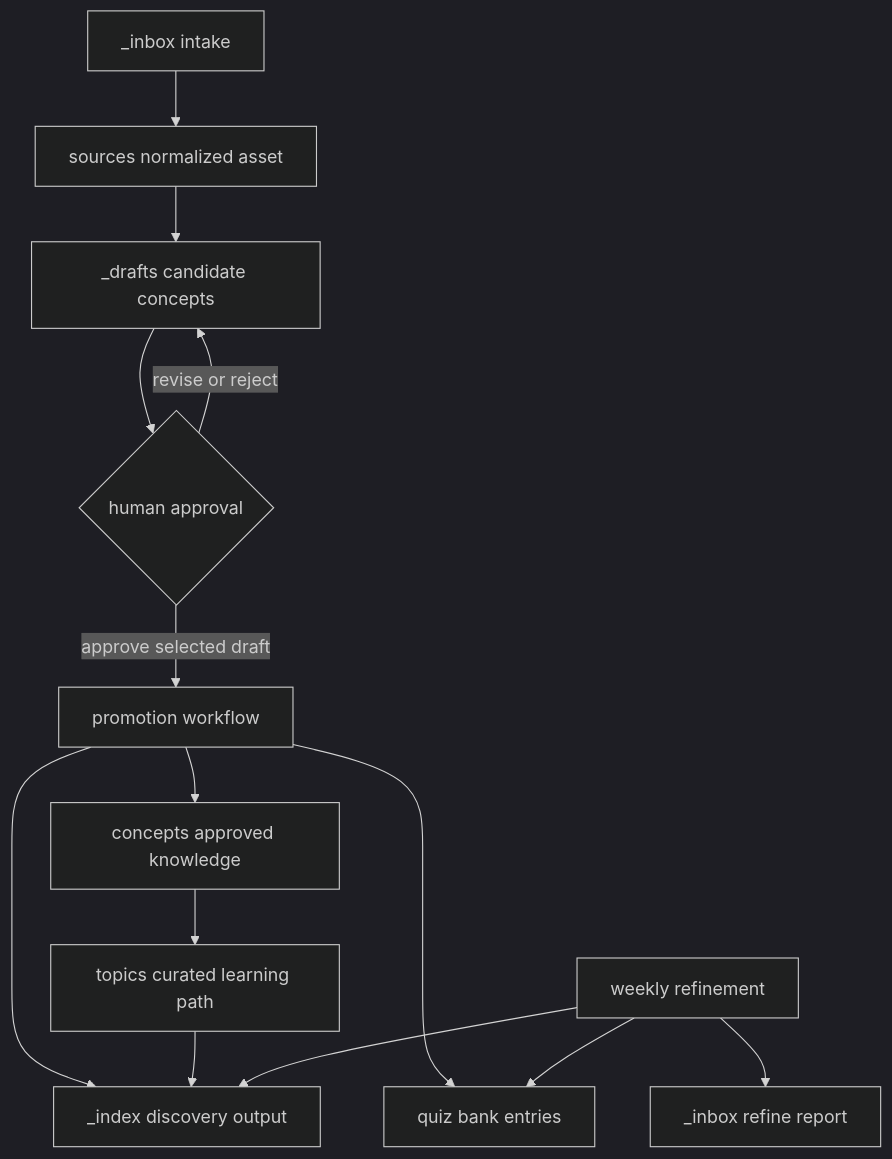
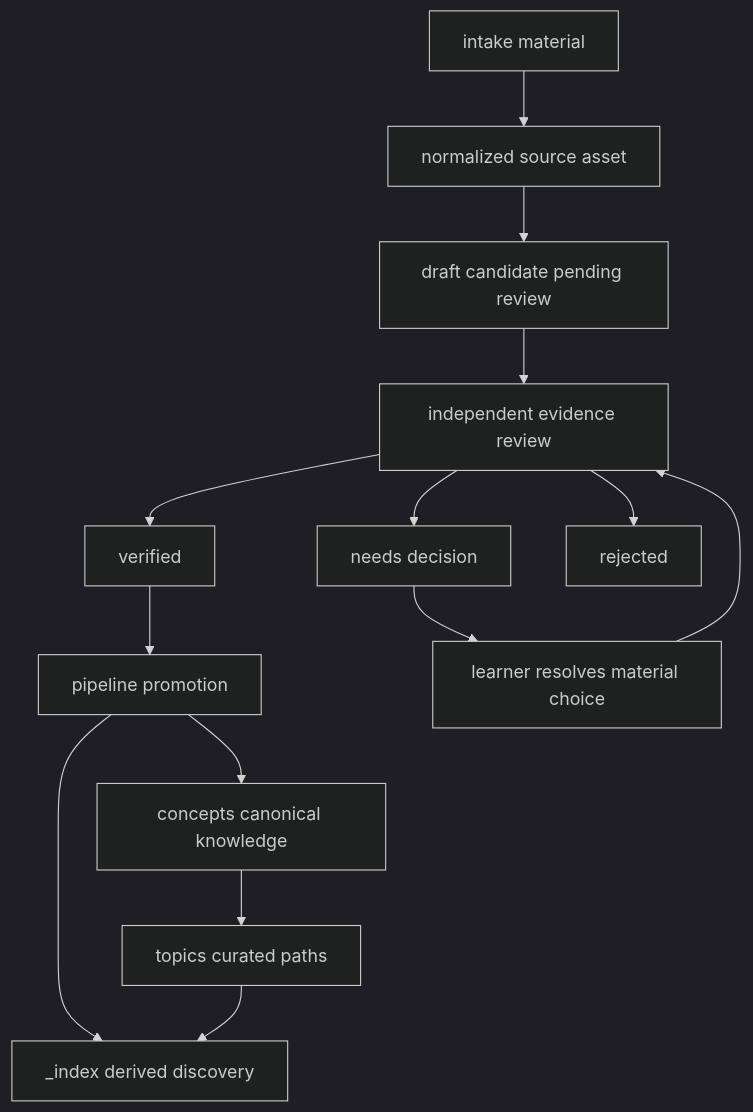
The diagram in openwiki/architecture/knowledge-governance.md (btceth9386-bot/study-vault), drawn with Mermaid (dark theme) before and after one commit. The commit also changed other lines of this file and 16 other files, not shown here.

First line of the commit message:
docs(openwiki): refresh verified workflow maps

````diff
--- a/openwiki/architecture/knowledge-governance.md
+++ b/openwiki/architecture/knowledge-governance.md
@@ -58,16 +67,16 @@
 ```mermaid
 flowchart TD
-    Intake["_inbox intake"] --> Normalize["sources normalized asset"]
-    Normalize --> Draft["_drafts candidate concepts"]
-    Draft --> Review{"human approval"}
-    Review -->|"revise or reject"| Draft
-    Review -->|"approve selected draft"| Promote["promotion workflow"]
-    Promote --> Concepts["concepts approved knowledge"]
-    Promote --> Quiz["quiz bank entries"]
-    Promote --> Index["_index discovery output"]
-    Concepts --> Topics["topics curated learning path"]
+    Intake["intake material"] --> Normalize["normalized source asset"]
+    Normalize --> Draft["draft candidate pending review"]
+    Draft --> Review["independent evidence review"]
+    Review --> Verified["verified"]
+    Review --> Exception["needs decision"]
+    Review --> Rejected["rejected"]
+    Verified --> Promote["pipeline promotion"]
+    Exception --> Learner["learner resolves material choice"]
+    Learner --> Review
+    Promote --> Concepts["concepts canonical knowledge"]
+    Promote --> Index["_index derived discovery"]
+    Concepts --> Topics["topics curated paths"]
     Topics --> Index
-    Refine["weekly refinement"] --> Report["_inbox refine report"]
-    Refine --> Quiz
-    Refine --> Index
 ```
````
